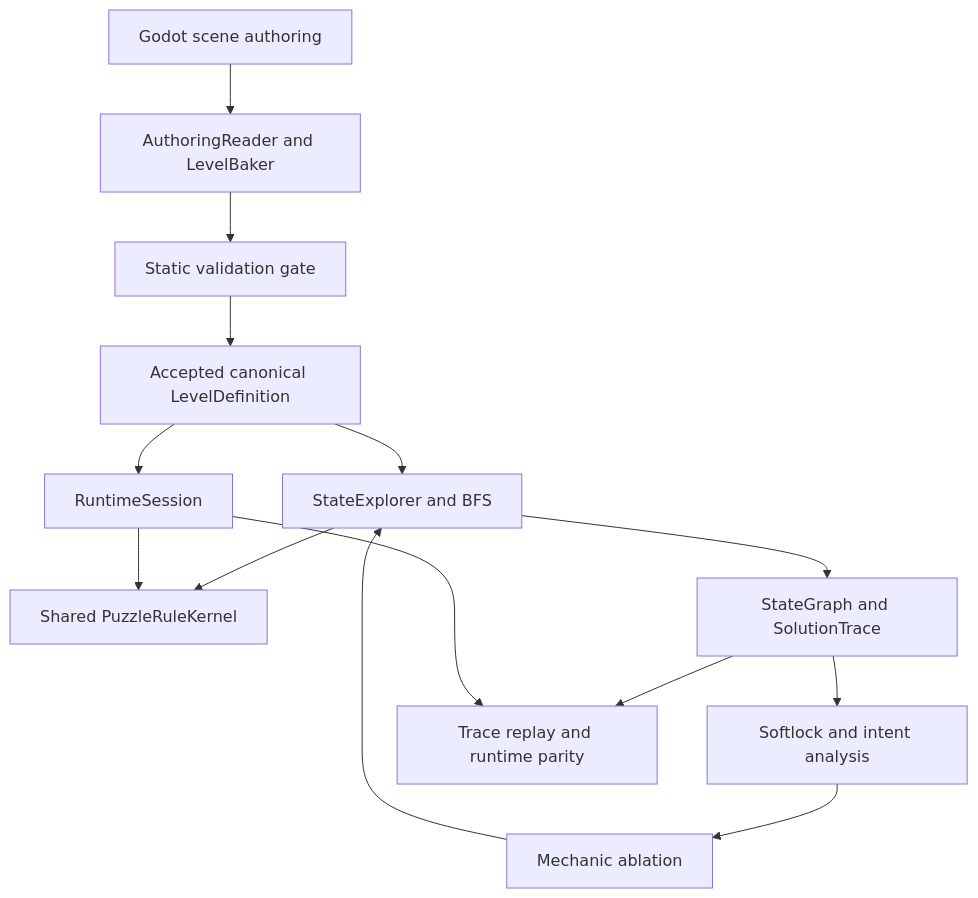
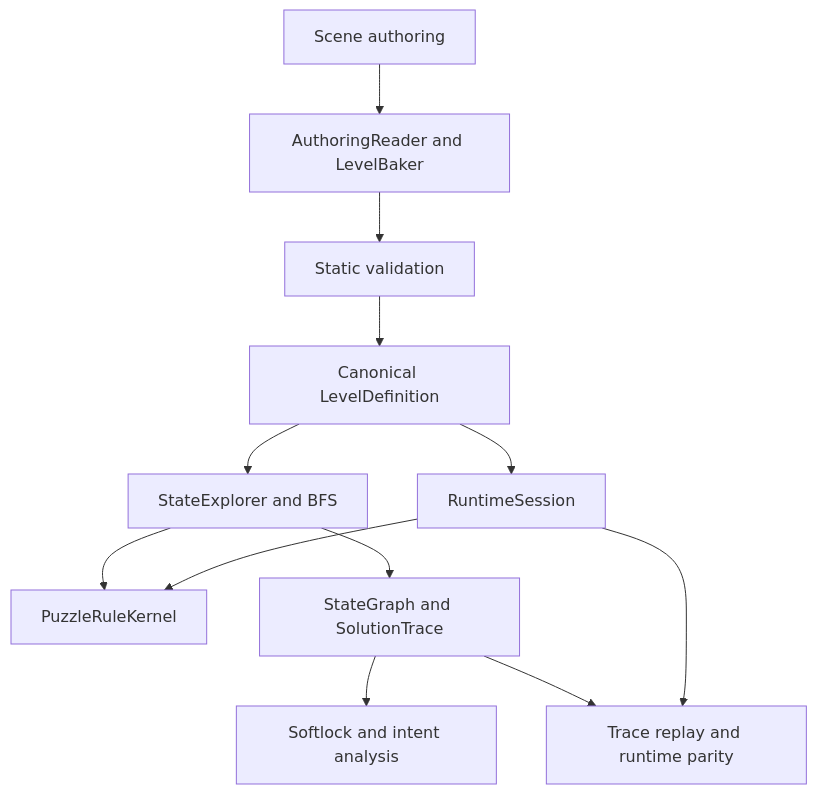
The diagram in README.md (QCYM-qcym/block-girl-mutsumi-mortis), drawn with Mermaid before and after one commit. The commit also changed other lines of this file and 9 other files, not shown here.

````diff
--- a/README.md
+++ b/README.md
@@ -219,16 +97,14 @@
 ```mermaid
 flowchart TD
-    A[Godot scene authoring] --> B[AuthoringReader and LevelBaker]
-    B --> V[Static validation gate]
-    V --> L[Accepted canonical LevelDefinition]
+    A[Scene authoring] --> B[AuthoringReader and LevelBaker]
+    B --> V[Static validation]
+    V --> L[Canonical LevelDefinition]
     L --> S[StateExplorer and BFS]
     L --> R[RuntimeSession]
-    S --> K[Shared PuzzleRuleKernel]
+    S --> K[PuzzleRuleKernel]
     R --> K
     S --> G[StateGraph and SolutionTrace]
     G --> Q[Softlock and intent analysis]
-    Q --> X[Mechanic ablation]
-    X --> S
     G --> P[Trace replay and runtime parity]
     R --> P
 ```
````
